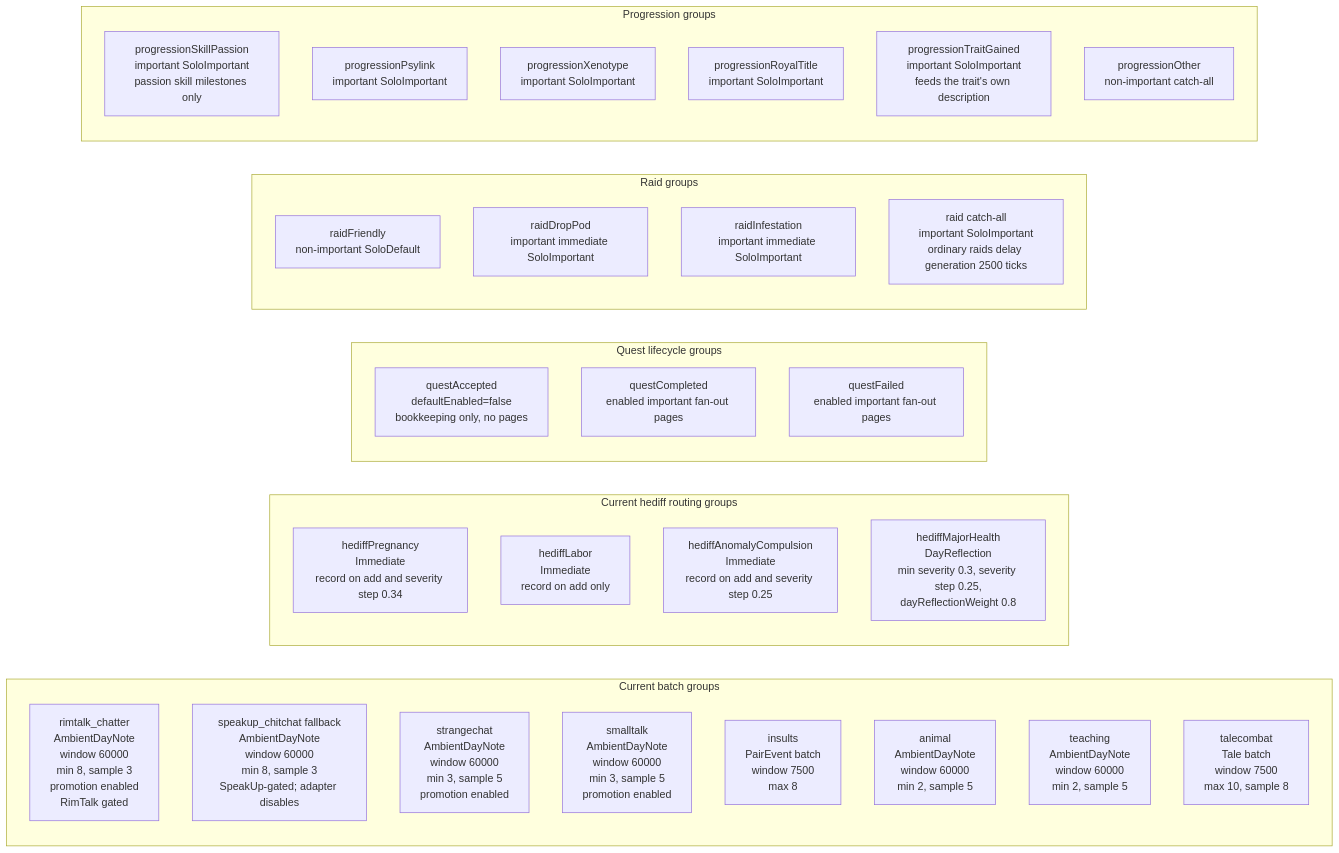
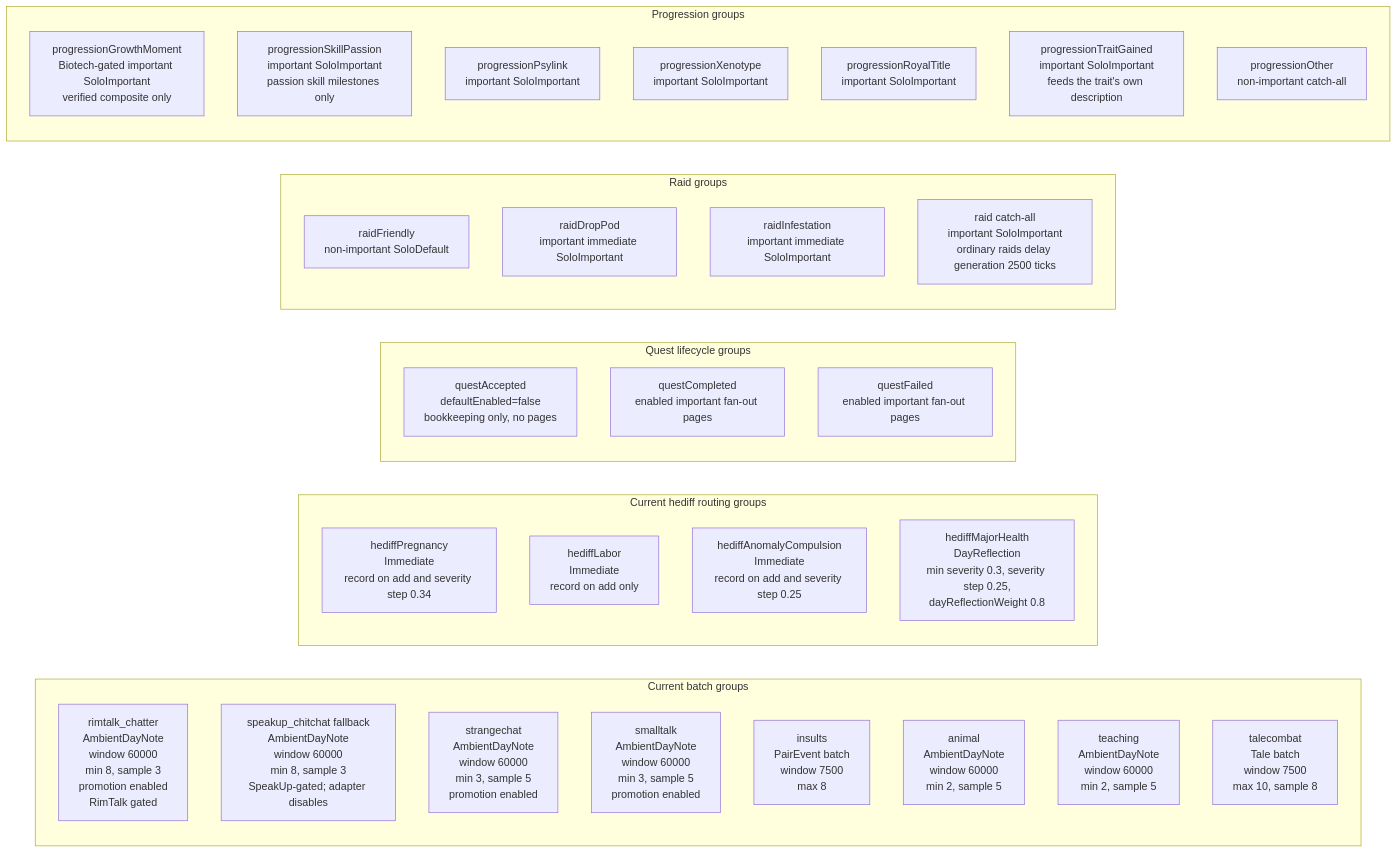
Before and after one commit to aimmlegate/PawnDiary: the fourth of 6 diagrams in EVENT_PROMPT_MAP.md, drawn with Mermaid. The commit also changed other lines of this file and 50 other files, not shown here.

Commit message:
Complete Biotech family growth checkpoint

````diff
--- a/EVENT_PROMPT_MAP.md
+++ b/EVENT_PROMPT_MAP.md
@@ -291,42 +293,43 @@
 ```mermaid
 flowchart LR
     subgraph Batches["Current batch groups"]
         BG0["rimtalk_chatter<br/>AmbientDayNote<br/>window 60000<br/>min 8, sample 3<br/>promotion enabled<br/>RimTalk gated"]
         BG1["speakup_chitchat fallback<br/>AmbientDayNote<br/>window 60000<br/>min 8, sample 3<br/>SpeakUp-gated; adapter disables"]
         BG2["strangechat<br/>AmbientDayNote<br/>window 60000<br/>min 3, sample 5<br/>promotion enabled"]
         BG3["smalltalk<br/>AmbientDayNote<br/>window 60000<br/>min 3, sample 5<br/>promotion enabled"]
         BG4["insults<br/>PairEvent batch<br/>window 7500<br/>max 8"]
         BG5["animal<br/>AmbientDayNote<br/>window 60000<br/>min 2, sample 5"]
         BG6["teaching<br/>AmbientDayNote<br/>window 60000<br/>min 2, sample 5"]
         BG7["talecombat<br/>Tale batch<br/>window 7500<br/>max 10, sample 8"]
     end
 
     subgraph HediffGroups["Current hediff routing groups"]
         HG1["hediffPregnancy<br/>Immediate<br/>record on add and severity step 0.34"]
         HG2["hediffLabor<br/>Immediate<br/>record on add only"]
         HG3["hediffAnomalyCompulsion<br/>Immediate<br/>record on add and severity step 0.25"]
         HG4["hediffMajorHealth<br/>DayReflection<br/>min severity 0.3, severity step 0.25,<br/>dayReflectionWeight 0.8"]
     end
 
     subgraph QuestGroups["Quest lifecycle groups"]
         Q1["questAccepted<br/>defaultEnabled=false<br/>bookkeeping only, no pages"]
         Q2["questCompleted<br/>enabled important fan-out pages"]
         Q3["questFailed<br/>enabled important fan-out pages"]
     end
 
     subgraph RaidGroups["Raid groups"]
         R1["raidFriendly<br/>non-important SoloDefault"]
         R2["raidDropPod<br/>important immediate SoloImportant"]
         R3["raidInfestation<br/>important immediate SoloImportant"]
         R4["raid catch-all<br/>important SoloImportant<br/>ordinary raids delay generation 2500 ticks"]
     end
 
     subgraph ProgressionGroups["Progression groups"]
+        P0["progressionGrowthMoment<br/>Biotech-gated important SoloImportant<br/>verified composite only"]
         P1["progressionSkillPassion<br/>important SoloImportant<br/>passion skill milestones only"]
         P2["progressionPsylink<br/>important SoloImportant"]
         P3["progressionXenotype<br/>important SoloImportant"]
         P4["progressionRoyalTitle<br/>important SoloImportant"]
         P5["progressionTraitGained<br/>important SoloImportant<br/>feeds the trait's own description"]
         P6["progressionOther<br/>non-important catch-all"]
     end
 ```
````
